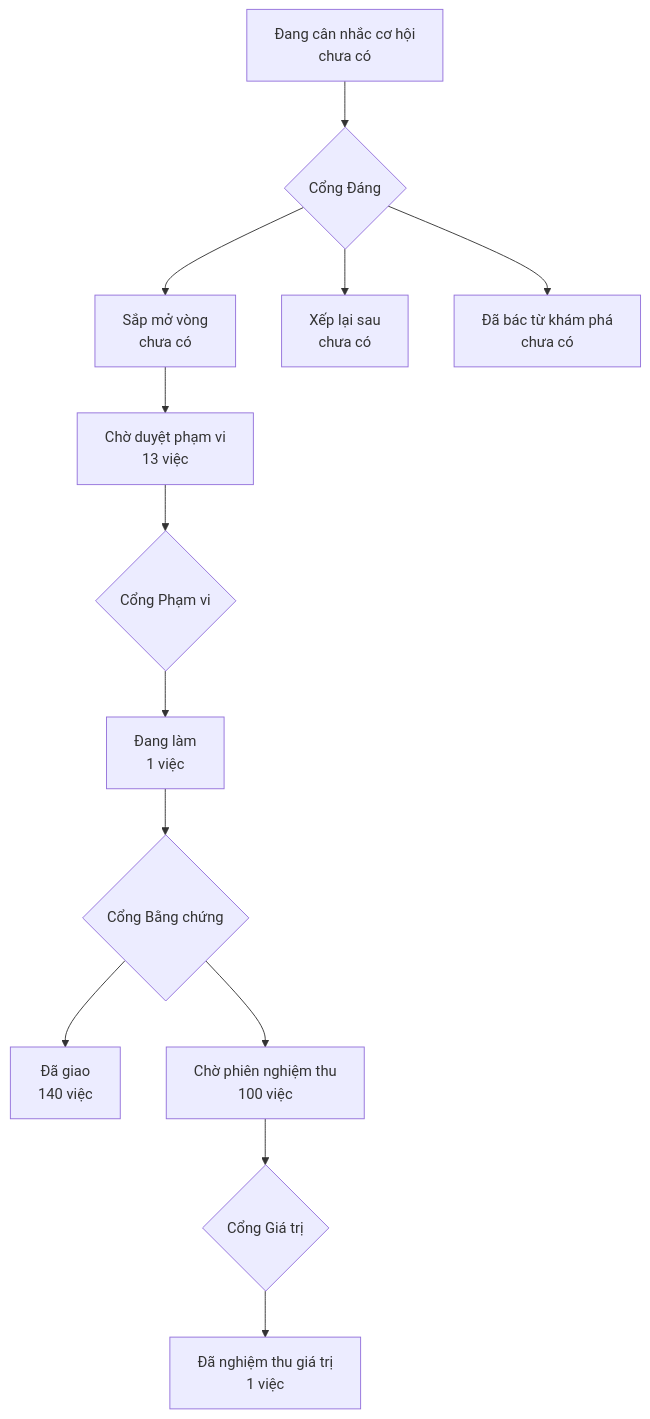
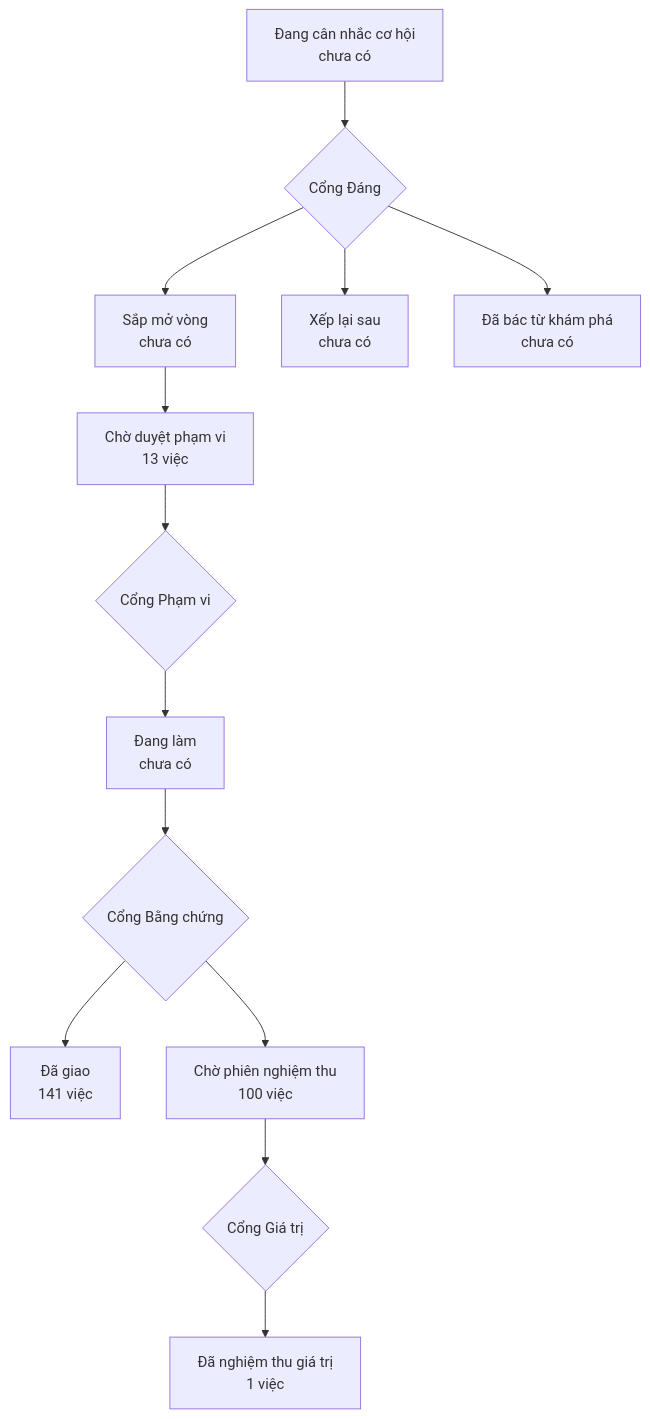
One commit to phanlemanh/onehub-invest changed the diagram in PRODUCT-MAP.md. Above: the diagram before and after it, drawn with Mermaid. The commit also changed other lines of this file and 7 other files, not shown here.

````diff
--- a/PRODUCT-MAP.md
+++ b/PRODUCT-MAP.md
@@ -7,12 +7,12 @@
 ```mermaid
 flowchart TD
   A["Đang cân nhắc cơ hội<br/>chưa có"] --> GD{"Cổng Đáng"}
   GD --> B["Sắp mở vòng<br/>chưa có"]
   GD --> XL["Xếp lại sau<br/>chưa có"]
   GD --> DB["Đã bác từ khám phá<br/>chưa có"]
   B --> CD["Chờ duyệt phạm vi<br/>13 việc"] --> GP{"Cổng Phạm vi"}
-  GP --> DL["Đang làm<br/>1 việc"] --> GB{"Cổng Bằng chứng"}
-  GB --> DG["Đã giao<br/>140 việc"]
+  GP --> DL["Đang làm<br/>chưa có"] --> GB{"Cổng Bằng chứng"}
+  GB --> DG["Đã giao<br/>141 việc"]
   GB --> CN["Chờ phiên nghiệm thu<br/>100 việc"] --> GG{"Cổng Giá trị"}
   GG --> NT["Đã nghiệm thu giá trị<br/>1 việc"]
 ```
````
